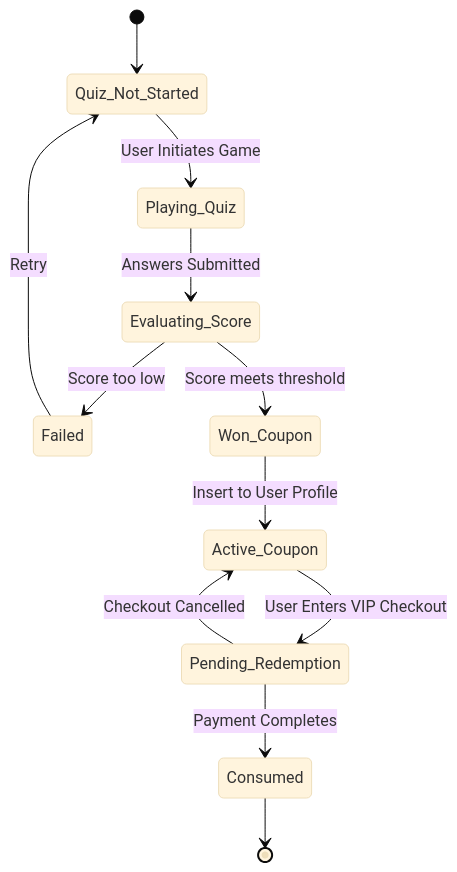
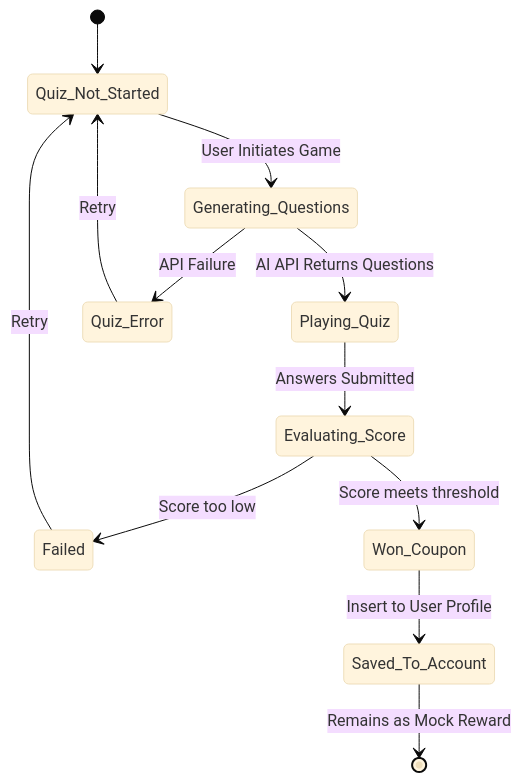
Before and after one commit to michaexxx2324/FYP: the fourth of 4 diagrams in StateCharts.md, drawn with Mermaid (base theme). The commit also changed other lines of this file, not shown here.

````diff
--- a/StateCharts.md
+++ b/StateCharts.md
@@ -101,20 +100,21 @@
 ```mermaid
 stateDiagram-v2
     [*] --> Quiz_Not_Started
     
-    Quiz_Not_Started --> Playing_Quiz : User Initiates Game
+    Quiz_Not_Started --> Generating_Questions : User Initiates Game
+    Generating_Questions --> Playing_Quiz : AI API Returns Questions
+    Generating_Questions --> Quiz_Error : API Failure
+    
+    Quiz_Error --> Quiz_Not_Started : Retry
+    
     Playing_Quiz --> Evaluating_Score : Answers Submitted
     
     Evaluating_Score --> Failed : Score too low
     Evaluating_Score --> Won_Coupon : Score meets threshold
     
     Failed --> Quiz_Not_Started : Retry
     
-    Won_Coupon --> Active_Coupon : Insert to User Profile
+    Won_Coupon --> Saved_To_Account : Insert to User Profile
     
-    Active_Coupon --> Pending_Redemption : User Enters VIP Checkout
-    Pending_Redemption --> Active_Coupon : Checkout Cancelled
-    Pending_Redemption --> Consumed : Payment Completes
-    
-    Consumed --> [*]
+    Saved_To_Account --> [*] : Remains as Mock Reward
 ```
````
